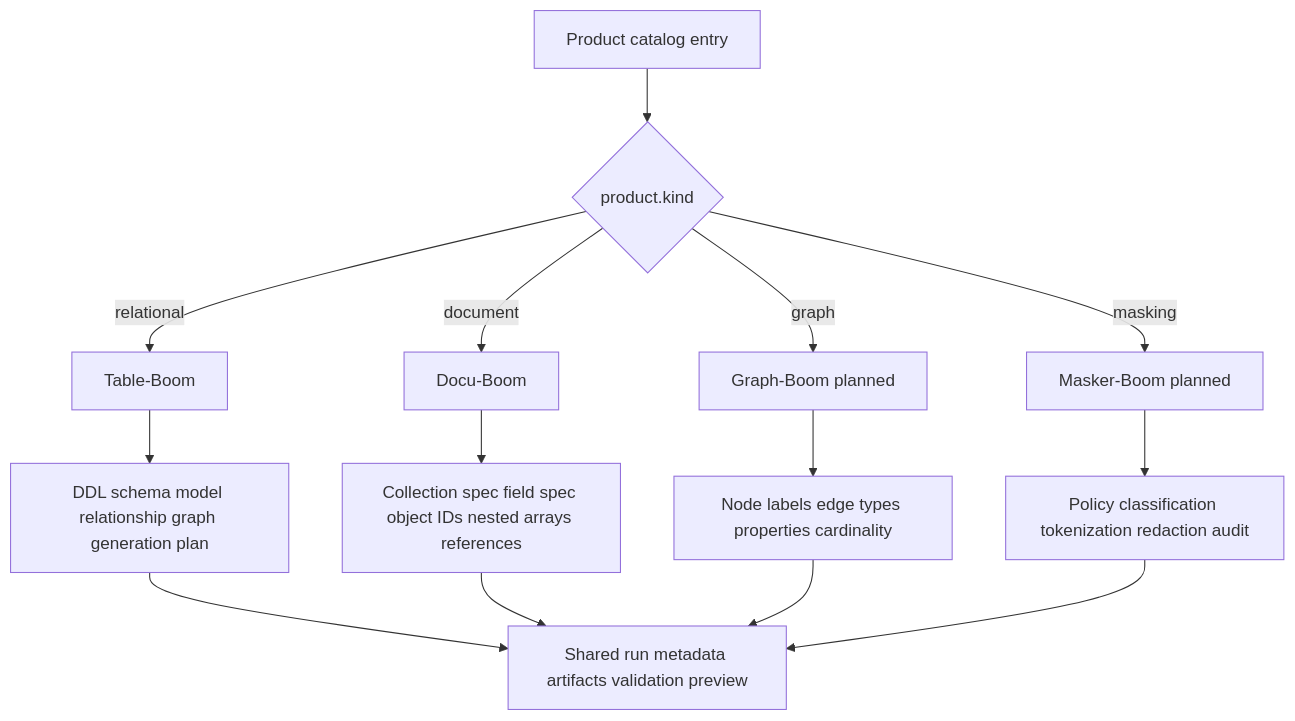
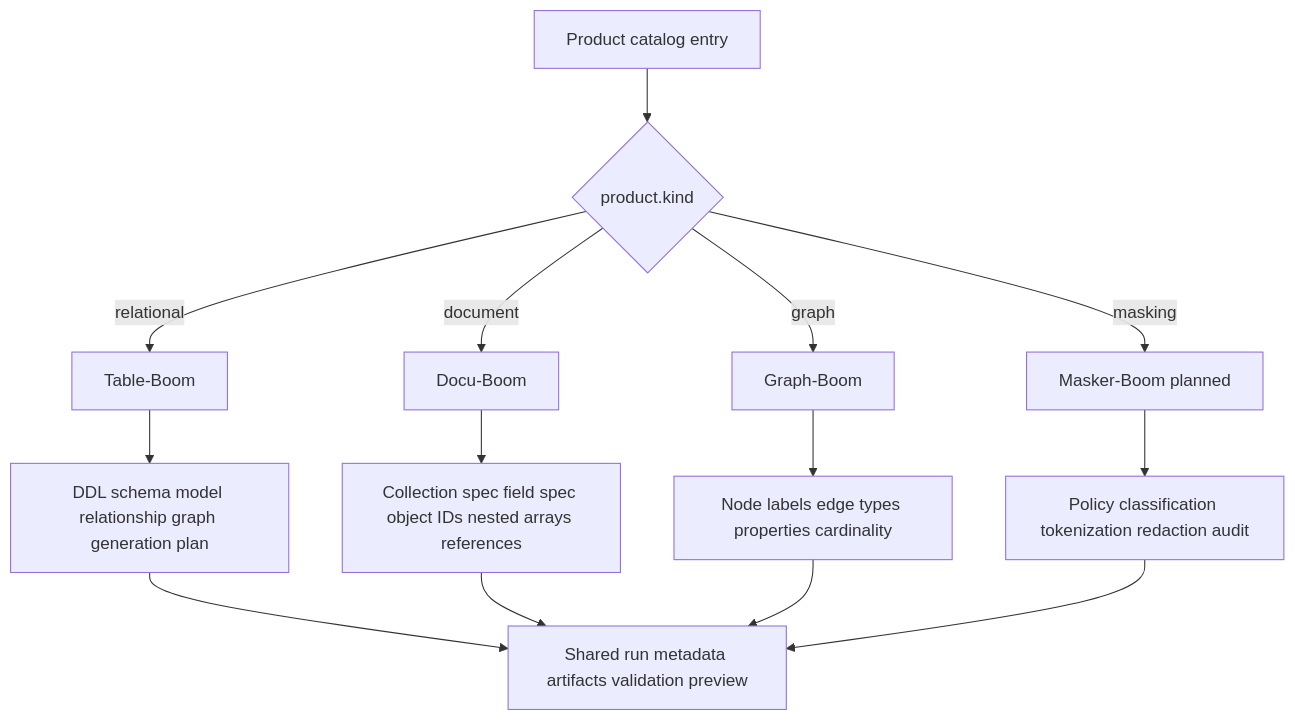
The second of 8 diagrams in docs/engineering/architecture.md (smitzo/DataBoom), drawn with Mermaid before and after one commit. The commit also changed other lines of this file and 5 other files, not shown here.

Commit message:
docs: explain graph boom engine

````diff
--- a/docs/engineering/architecture.md
+++ b/docs/engineering/architecture.md
@@ -37,20 +37,20 @@
 ```mermaid
 flowchart TD
     Catalog[Product catalog entry]
     Catalog --> Kind{product.kind}
 
     Kind -->|relational| TableBoom[Table-Boom]
     Kind -->|document| DocuBoom[Docu-Boom]
-    Kind -->|graph| GraphBoom[Graph-Boom planned]
+    Kind -->|graph| GraphBoom[Graph-Boom]
     Kind -->|masking| MaskerBoom[Masker-Boom planned]
 
     TableBoom --> TableContracts[DDL schema model relationship graph generation plan]
     DocuBoom --> DocumentContracts[Collection spec field spec object IDs nested arrays references]
     GraphBoom --> GraphContracts[Node labels edge types properties cardinality]
     MaskerBoom --> MaskingContracts[Policy classification tokenization redaction audit]
 
     TableContracts --> SharedRun[Shared run metadata artifacts validation preview]
     DocumentContracts --> SharedRun
     GraphContracts --> SharedRun
     MaskingContracts --> SharedRun
 ```
````
